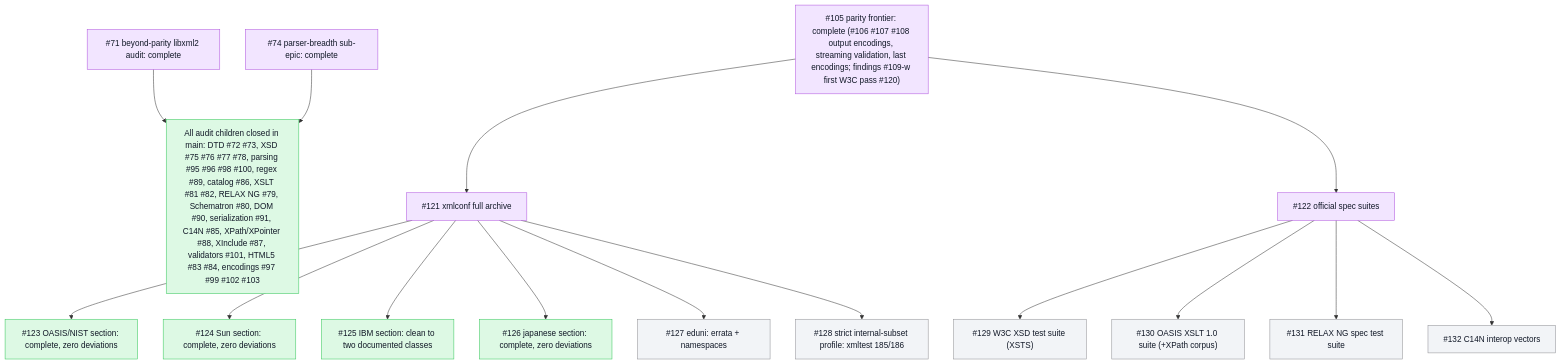
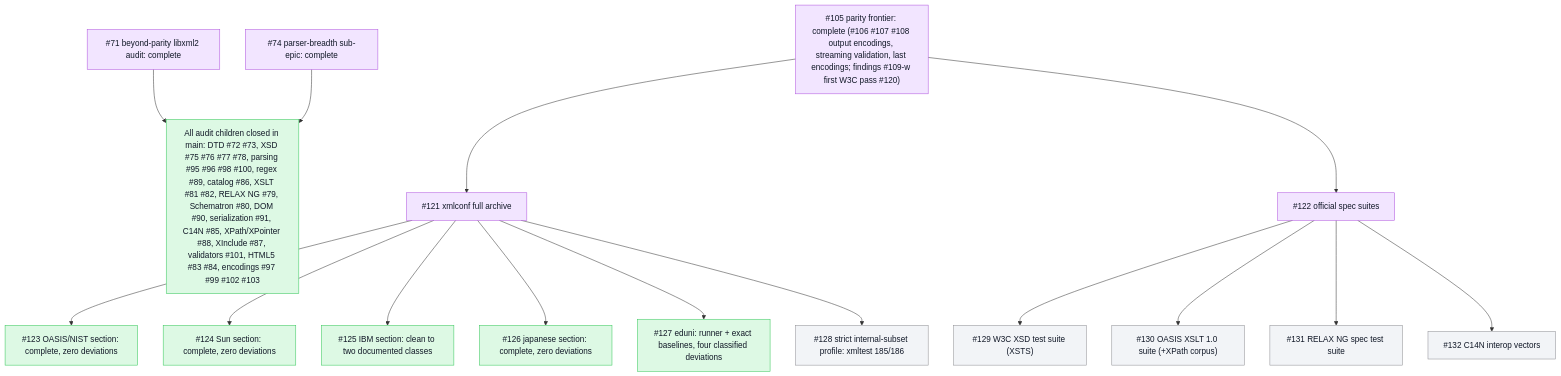
Before and after one commit to mihaelamj/PureXML: the second of 2 diagrams in README.md, drawn with Mermaid. The commit also changed other lines of this file and 13 other files, not shown here.

First line of the commit message:
feat(validation): eduni errata behaviors, 3.3.3 attribute normalization

````diff
--- a/README.md
+++ b/README.md
@@ -78,37 +78,37 @@
 ```mermaid
 flowchart TB
   classDef done fill:#ddf9e4,stroke:#34c759,color:#111827
   classDef review fill:#fff7d6,stroke:#ffcc00,color:#111827
   classDef epic fill:#f2e5ff,stroke:#af52de,color:#111827
   classDef todo fill:#f2f4f7,stroke:#8e8e93,color:#111827
   Epic71["#71 beyond-parity libxml2 audit: complete"]:::epic
   Epic74["#74 parser-breadth sub-epic: complete"]:::epic
   Done["All audit children closed in main: DTD #72 #73, XSD #75 #76 #77 #78, parsing #95 #96 #98 #100, regex #89, catalog #86, XSLT #81 #82, RELAX NG #79, Schematron #80, DOM #90, serialization #91, C14N #85, XPath/XPointer #88, XInclude #87, validators #101, HTML5 #83 #84, encodings #97 #99 #102 #103"]:::done
   Epic71 --> Done
   Epic74 --> Done
   Epic105["#105 parity frontier: complete (#106 #107 #108 output encodings, streaming validation, last encodings; findings #109-#119; first W3C pass #120)"]:::epic
   Epic121["#121 xmlconf full archive"]:::epic
   Oasis["#123 OASIS/NIST section: complete, zero deviations"]:::done
   Sun["#124 Sun section: complete, zero deviations"]:::done
   IBM["#125 IBM section: clean to two documented classes"]:::done
   Japanese["#126 japanese section: complete, zero deviations"]:::done
-  Eduni["#127 eduni: errata + namespaces"]:::todo
+  Eduni["#127 eduni: runner + exact baselines, four classified deviations"]:::done
   StrictSubset["#128 strict internal-subset profile: xmltest 185/186"]:::todo
   Epic122["#122 official spec suites"]:::epic
   XSTS["#129 W3C XSD test suite (XSTS)"]:::todo
   XSLTTS["#130 OASIS XSLT 1.0 suite (+XPath corpus)"]:::todo
   RNGTS["#131 RELAX NG spec test suite"]:::todo
   C14NTS["#132 C14N interop vectors"]:::todo
   Epic105 --> Epic121
   Epic105 --> Epic122
   Epic121 --> Oasis
   Epic121 --> Sun
   Epic121 --> IBM
   Epic121 --> Japanese
   Epic121 --> Eduni
   Epic121 --> StrictSubset
   Epic122 --> XSTS
   Epic122 --> XSLTTS
   Epic122 --> RNGTS
   Epic122 --> C14NTS
 ```
````
